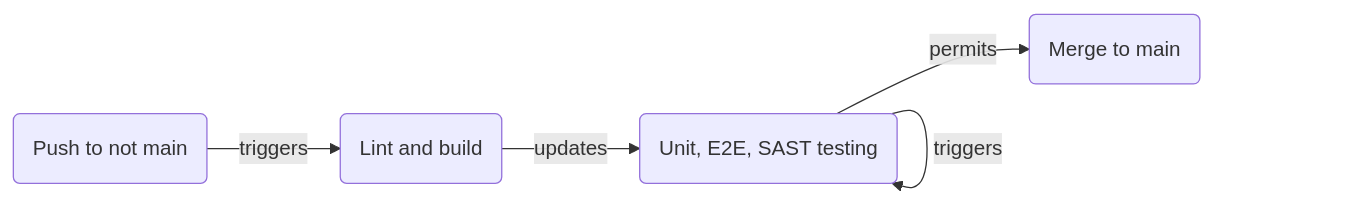
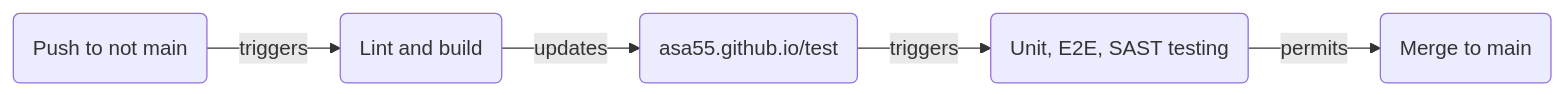
Before and after one commit to asa55/asa55.github.io: the second of 3 diagrams in .github/README.md, drawn with Mermaid. The commit also changed other lines of this file and 2 other files, not shown here.

````diff
--- a/.github/README.md
+++ b/.github/README.md
@@ -23,4 +22,4 @@
 ```mermaid
 flowchart LR
-    id1(Push to not main)-- triggers -->id2(Lint and build)-- updates -->id3(asa55.github.io/test)-- triggers -->id3(Unit, E2E, SAST testing)-- permits -->id4(Merge to main)
+    id1(Push to not main)-- triggers -->id2(Lint and build)-- updates -->id3(asa55.github.io/test)-- triggers -->id4(Unit, E2E, SAST testing)-- permits -->id5(Merge to main)
 ```
````
